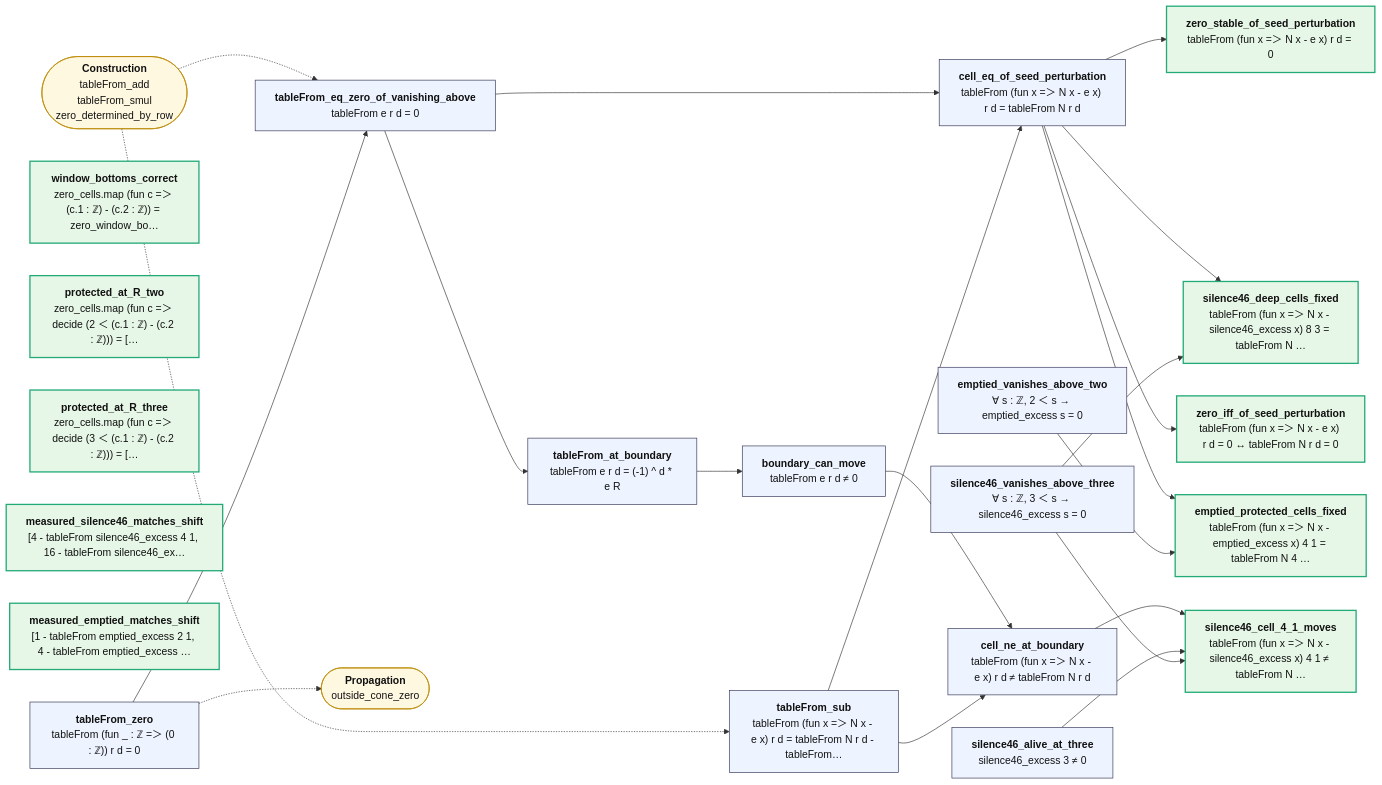
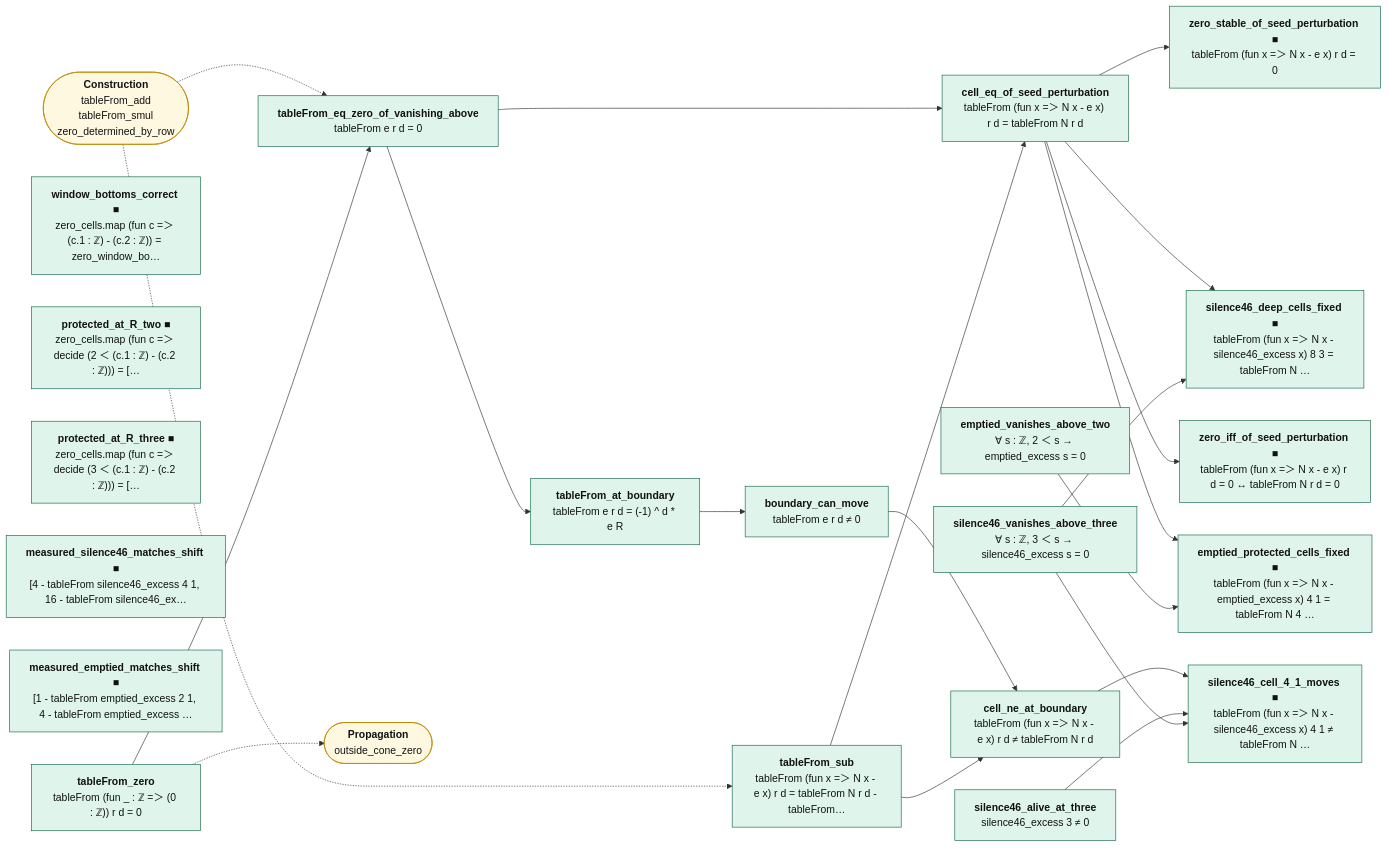
The diagram in map/lean/SeedPerturbation.md (juliansambranojr/Primebeat_081426), drawn with Mermaid before and after one commit. The commit also changed other lines of this file and 398 other files, not shown here.

First line of the commit message:
map: the table first. Three layers from Lean's record of each proof and everything beneath it: counting (integers only), shape (analysis, no zeta), reads zeta; map/TABLE.md lists every counting theorem; the Riemann hypothesis is drawn as one reading at the edge

````diff
--- a/map/lean/SeedPerturbation.md
+++ b/map/lean/SeedPerturbation.md
@@ -12,49 +12,52 @@
 ```mermaid
 flowchart LR
-  n0["<b>tableFrom_zero</b><br/>tableFrom (fun _ : ℤ =＞ (0 : ℤ)) r d = 0"]:::thm
-  n1["<b>tableFrom_sub</b><br/>tableFrom (fun x =＞ N x - e x) r d = tableFrom N r d - tableFrom…"]:::thm
-  n2["<b>tableFrom_eq_zero_of_vanishing_above</b><br/>tableFrom e r d = 0"]:::thm
-  n3["<b>cell_eq_of_seed_perturbation</b><br/>tableFrom (fun x =＞ N x - e x) r d = tableFrom N r d"]:::thm
-  n4["<b>zero_stable_of_seed_perturbation</b><br/>tableFrom (fun x =＞ N x - e x) r d = 0"]:::end_
-  n5["<b>zero_iff_of_seed_perturbation</b><br/>tableFrom (fun x =＞ N x - e x) r d = 0 ↔ tableFrom N r d = 0"]:::end_
-  n6["<b>tableFrom_at_boundary</b><br/>tableFrom e r d = (-1) ^ d * e R"]:::thm
-  n7["<b>boundary_can_move</b><br/>tableFrom e r d ≠ 0"]:::thm
-  n8["<b>cell_ne_at_boundary</b><br/>tableFrom (fun x =＞ N x - e x) r d ≠ tableFrom N r d"]:::thm
-  n9["<b>window_bottoms_correct</b><br/>zero_cells.map (fun c =＞ (c.1 : ℤ) - (c.2 : ℤ)) = zero_window_bo…"]:::end_
-  n10["<b>protected_at_R_two</b><br/>zero_cells.map (fun c =＞ decide (2 ＜ (c.1 : ℤ) - (c.2 : ℤ))) = […"]:::end_
-  n11["<b>protected_at_R_three</b><br/>zero_cells.map (fun c =＞ decide (3 ＜ (c.1 : ℤ) - (c.2 : ℤ))) = […"]:::end_
-  n12["<b>silence46_vanishes_above_three</b><br/>∀ s : ℤ, 3 ＜ s → silence46_excess s = 0"]:::thm
-  n13["<b>silence46_alive_at_three</b><br/>silence46_excess 3 ≠ 0"]:::thm
-  n14["<b>measured_silence46_matches_shift</b><br/>[4 - tableFrom silence46_excess 4 1, 16 - tableFrom silence46_ex…"]:::end_
-  n15["<b>silence46_deep_cells_fixed</b><br/>tableFrom (fun x =＞ N x - silence46_excess x) 8 3 = tableFrom N …"]:::end_
-  n16["<b>silence46_cell_4_1_moves</b><br/>tableFrom (fun x =＞ N x - silence46_excess x) 4 1 ≠ tableFrom N …"]:::end_
-  n17["<b>emptied_vanishes_above_two</b><br/>∀ s : ℤ, 2 ＜ s → emptied_excess s = 0"]:::thm
-  n18["<b>measured_emptied_matches_shift</b><br/>[1 - tableFrom emptied_excess 2 1, 4 - tableFrom emptied_excess …"]:::end_
-  n19["<b>emptied_protected_cells_fixed</b><br/>tableFrom (fun x =＞ N x - emptied_excess x) 4 1 = tableFrom N 4 …"]:::end_
+  n0["<b>tableFrom_zero</b><br/>tableFrom (fun _ : ℤ =＞ (0 : ℤ)) r d = 0"]:::cnt
+  n1["<b>tableFrom_sub</b><br/>tableFrom (fun x =＞ N x - e x) r d = tableFrom N r d - tableFrom…"]:::cnt
+  n2["<b>tableFrom_eq_zero_of_vanishing_above</b><br/>tableFrom e r d = 0"]:::cnt
+  n3["<b>cell_eq_of_seed_perturbation</b><br/>tableFrom (fun x =＞ N x - e x) r d = tableFrom N r d"]:::cnt
+  n4["<b>zero_stable_of_seed_perturbation ■</b><br/>tableFrom (fun x =＞ N x - e x) r d = 0"]:::cnt
+  n5["<b>zero_iff_of_seed_perturbation ■</b><br/>tableFrom (fun x =＞ N x - e x) r d = 0 ↔ tableFrom N r d = 0"]:::cnt
+  n6["<b>tableFrom_at_boundary</b><br/>tableFrom e r d = (-1) ^ d * e R"]:::cnt
+  n7["<b>boundary_can_move</b><br/>tableFrom e r d ≠ 0"]:::cnt
+  n8["<b>cell_ne_at_boundary</b><br/>tableFrom (fun x =＞ N x - e x) r d ≠ tableFrom N r d"]:::cnt
+  n9["<b>window_bottoms_correct ■</b><br/>zero_cells.map (fun c =＞ (c.1 : ℤ) - (c.2 : ℤ)) = zero_window_bo…"]:::cnt
+  n10["<b>protected_at_R_two ■</b><br/>zero_cells.map (fun c =＞ decide (2 ＜ (c.1 : ℤ) - (c.2 : ℤ))) = […"]:::cnt
+  n11["<b>protected_at_R_three ■</b><br/>zero_cells.map (fun c =＞ decide (3 ＜ (c.1 : ℤ) - (c.2 : ℤ))) = […"]:::cnt
+  n12["<b>silence46_vanishes_above_three</b><br/>∀ s : ℤ, 3 ＜ s → silence46_excess s = 0"]:::cnt
+  n13["<b>silence46_alive_at_three</b><br/>silence46_excess 3 ≠ 0"]:::cnt
+  n14["<b>measured_silence46_matches_shift ■</b><br/>[4 - tableFrom silence46_excess 4 1, 16 - tableFrom silence46_ex…"]:::cnt
+  n15["<b>silence46_deep_cells_fixed ■</b><br/>tableFrom (fun x =＞ N x - silence46_excess x) 8 3 = tableFrom N …"]:::cnt
+  n16["<b>silence46_cell_4_1_moves ■</b><br/>tableFrom (fun x =＞ N x - silence46_excess x) 4 1 ≠ tableFrom N …"]:::cnt
+  n17["<b>emptied_vanishes_above_two</b><br/>∀ s : ℤ, 2 ＜ s → emptied_excess s = 0"]:::cnt
+  n18["<b>measured_emptied_matches_shift ■</b><br/>[1 - tableFrom emptied_excess 2 1, 4 - tableFrom emptied_excess …"]:::cnt
+  n19["<b>emptied_protected_cells_fixed ■</b><br/>tableFrom (fun x =＞ N x - emptied_excess x) 4 1 = tableFrom N 4 …"]:::cnt
   x0(["<b>Propagation</b><br/>outside_cone_zero"]):::ext
   x1(["<b>Construction</b><br/>tableFrom_add<br/>tableFrom_smul<br/>zero_determined_by_row"]):::ext
   n0 --> n2
   n1 --> n3
   n1 --> n8
   n12 --> n15
   n12 --> n16
   n13 --> n16
   n17 --> n19
   n2 --> n3
   n2 --> n6
   n3 --> n15
   n3 --> n19
   n3 --> n4
   n3 --> n5
   n6 --> n7
   n7 --> n8
   n8 --> n16
   n0 -.-> x0
   x1 -.-> n1
   x1 -.-> n2
+  classDef cnt fill:#dff5ec,stroke:#17694a,color:#111
+  classDef shp fill:#f1ecfb,stroke:#5b3fa0,color:#111
+  classDef rh fill:#ffe5e5,stroke:#c22,color:#111,stroke-width:2px
   classDef thm fill:#eef4ff,stroke:#335,color:#111
   classDef end_ fill:#e7f7e7,stroke:#2a7,color:#111,stroke-width:2px
   classDef lone fill:#fff,stroke:#999,color:#111,stroke-dasharray:4 3
   classDef bad fill:#ffe5e5,stroke:#c22,color:#111,stroke-width:2px
   classDef ext fill:#fff8e1,stroke:#b80,color:#111
 ```
````
